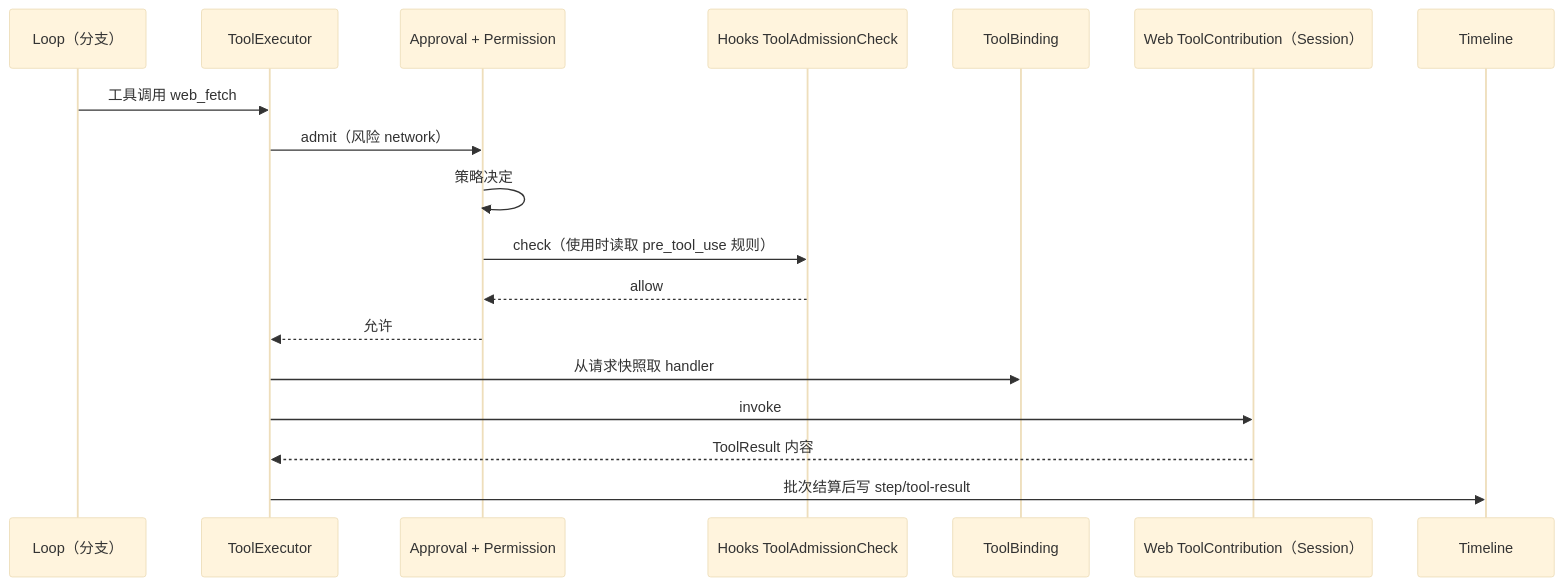
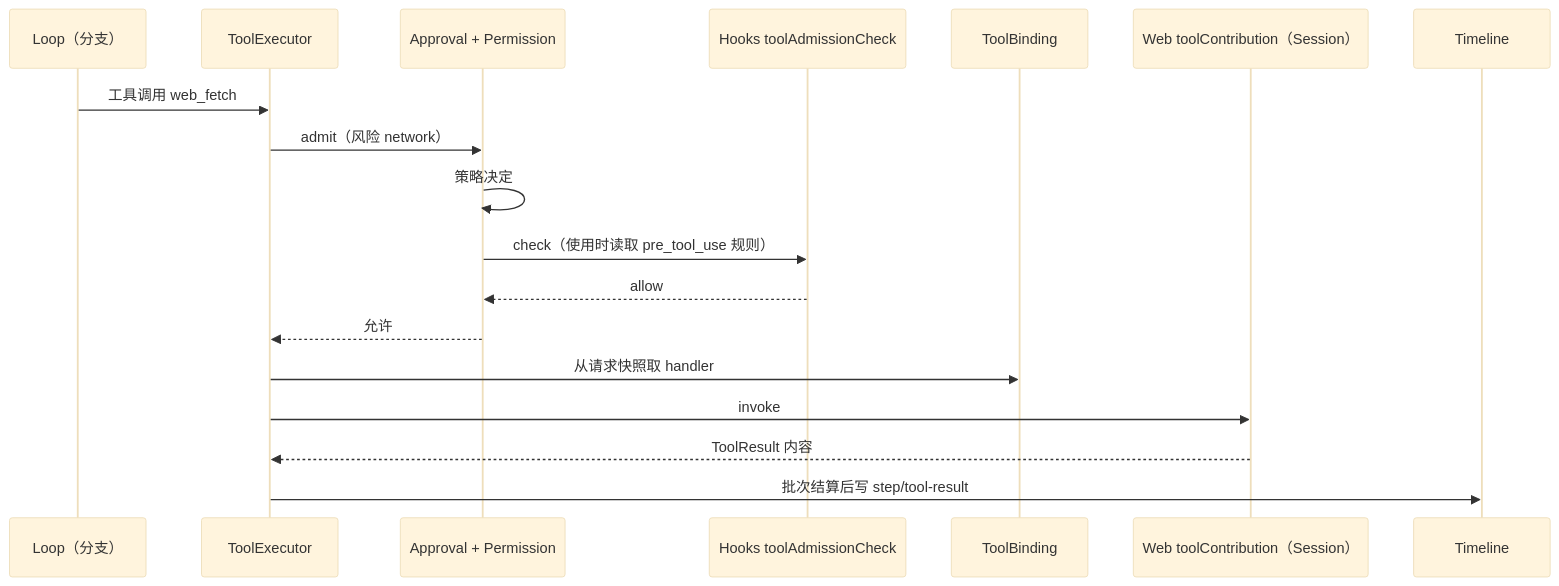
Before and after one commit to CoutinhoTTS/dim-agent: the third of 8 diagrams in docs/zh/design/overview.md, drawn with Mermaid (base theme). The commit also changed other lines of this file and 18 other files, not shown here.

````diff
--- a/docs/zh/design/overview.md
+++ b/docs/zh/design/overview.md
@@ -168,20 +187,20 @@
 ```mermaid
 sequenceDiagram
   participant LP as Loop（分支）
   participant TE as ToolExecutor
   participant AP as Approval + Permission
-  participant HK as Hooks ToolAdmissionCheck
+  participant HK as Hooks toolAdmissionCheck
   participant TB as ToolBinding
-  participant W as Web ToolContribution（Session）
+  participant W as Web toolContribution（Session）
   participant TL as Timeline
   LP->>TE: 工具调用 web_fetch
   TE->>AP: admit（风险 network）
   AP->>AP: 策略决定
   AP->>HK: check（使用时读取 pre_tool_use 规则）
   HK-->>AP: allow
   AP-->>TE: 允许
   TE->>TB: 从请求快照取 handler
   TE->>W: invoke
   W-->>TE: ToolResult 内容
   TE->>TL: 批次结算后写 step/tool-result
 ```
````
